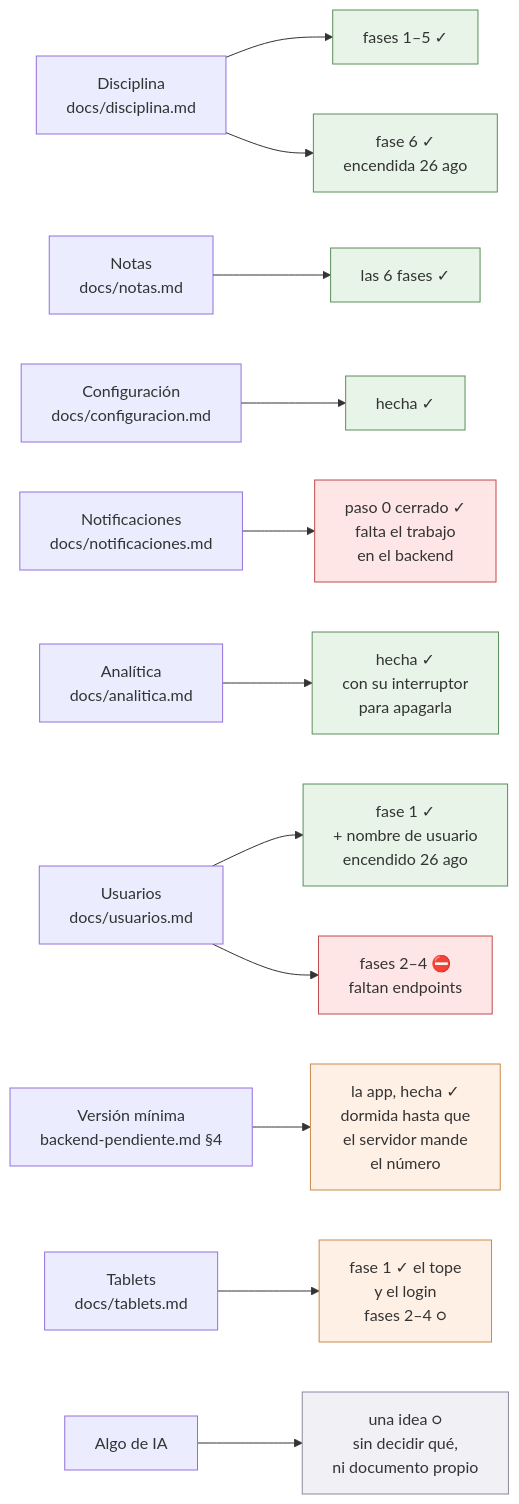
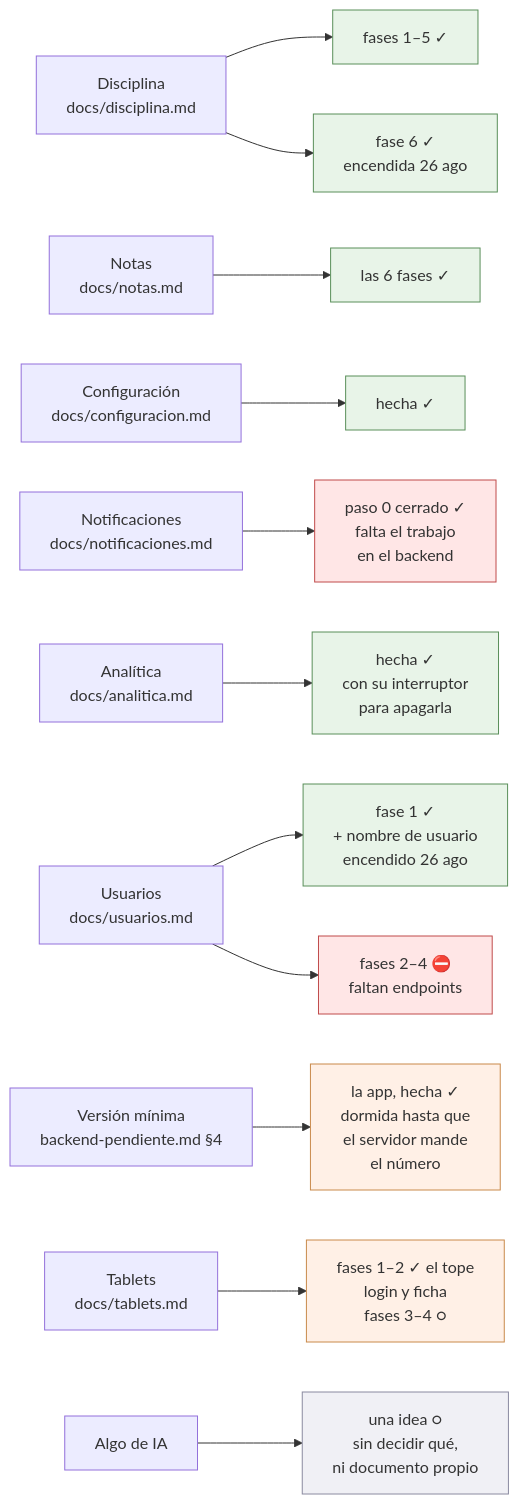
The diagram in docs/estado.md (bluesky777/myvc_flutter), drawn with Mermaid before and after one commit. The commit also changed other lines of this file and 5 other files, not shown here.

First line of the commit message:
feat(tablets): el tope de la ficha de disciplina, y un Wrap que no era

````diff
--- a/docs/estado.md
+++ b/docs/estado.md
@@ -40,26 +40,26 @@
 ```mermaid
 flowchart LR
     D["Disciplina<br/>docs/disciplina.md"] --> D5["fases 1–5 ✓"]
     D --> D6["fase 6 ✓<br/>encendida 26 ago"]
     N["Notas<br/>docs/notas.md"] --> N4["las 6 fases ✓"]
     C["Configuración<br/>docs/configuracion.md"] --> C0["hecha ✓"]
     P["Notificaciones<br/>docs/notificaciones.md"] --> P0["paso 0 cerrado ✓<br/>falta el trabajo<br/>en el backend"]
     A["Analítica<br/>docs/analitica.md"] --> A0["hecha ✓<br/>con su interruptor<br/>para apagarla"]
     U["Usuarios<br/>docs/usuarios.md"] --> U1["fase 1 ✓<br/>+ nombre de usuario<br/>encendido 26 ago"]
     U --> U2["fases 2–4 ⛔<br/>faltan endpoints"]
     V["Versión mínima<br/>backend-pendiente.md §4"] --> V1["la app, hecha ✓<br/>dormida hasta que<br/>el servidor mande<br/>el número"]
-    T["Tablets<br/>docs/tablets.md"] --> T0["fase 1 ✓ el tope<br/>y el login<br/>fases 2–4 ○"]
+    T["Tablets<br/>docs/tablets.md"] --> T0["fases 1–2 ✓ el tope<br/>login y ficha<br/>fases 3–4 ○"]
     I["Algo de IA"] --> I0["una idea ○<br/>sin decidir qué,<br/>ni documento propio"]
 
     style D5 fill:#e8f4e8,stroke:#5a8f5a
     style N4 fill:#e8f4e8,stroke:#5a8f5a
     style D6 fill:#e8f4e8,stroke:#5a8f5a
     style P0 fill:#ffe6e6,stroke:#c04b4b
     style C0 fill:#e8f4e8,stroke:#5a8f5a
     style A0 fill:#e8f4e8,stroke:#5a8f5a
     style U1 fill:#e8f4e8,stroke:#5a8f5a
     style U2 fill:#ffe6e6,stroke:#c04b4b
     style V1 fill:#fff0e6,stroke:#c98a4b
     style T0 fill:#fff0e6,stroke:#c98a4b
     style I0 fill:#f0f0f5,stroke:#8a8aa0
 ```
````
